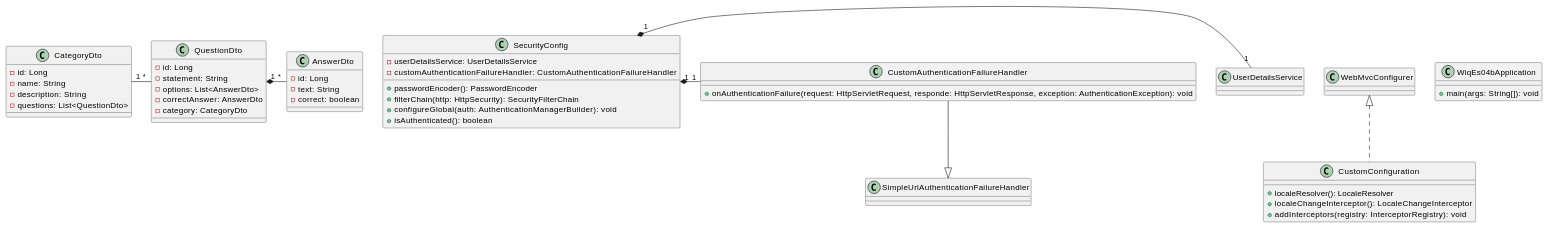
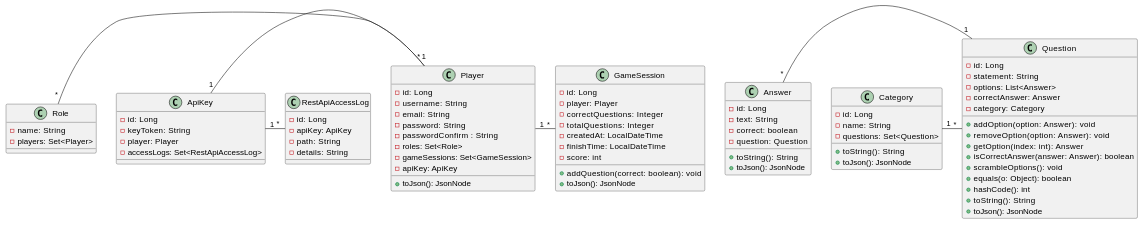
The diagram in docs/src/08_concepts.adoc (Arquisoft/wiq_es04b), drawn with PlantUML before and after one commit. The commit also changed other lines of this file, not shown here.

Commit message:
Removed unnecessary content from the Domain model

```diff
--- a/docs/src/08_concepts.adoc
+++ b/docs/src/08_concepts.adoc
@@ -349,57 +13,89 @@
-[plantuml, domain-model-2, svg]
+[plantuml, domain-model, svg, subs="attributes", subs="methods"]
 ----
 @startuml
+class Question {
+  - id: Long
+  - statement: String
+  - options: List<Answer>
+  - correctAnswer: Answer
+  - category: Category
+  + addOption(option: Answer): void
+  + removeOption(option: Answer): void
+  + getOption(index: int): Answer
+  + isCorrectAnswer(answer: Answer): boolean
+  + scrambleOptions(): void
+  + equals(o: Object): boolean
+  + hashCode(): int
+  + toString(): String
+  + toJson(): JsonNode
+}
 
-class AnswerDto {
+class Category {
+  - id: Long
+  - name: String
+  - questions: Set<Question>
+  + toString(): String
+  + toJson(): JsonNode
+}
+
+class Player {
+  - id: Long
+  - username: String
+  - email: String
+  - password: String
+  - passwordConfirm : String
+  - roles: Set<Role>
+  - gameSessions: Set<GameSession>
+  - apiKey: ApiKey
+  + toJson(): JsonNode
+}
+
+class GameSession {
+  - id: Long
+  - player: Player
+  - correctQuestions: Integer
+  - totalQuestions: Integer
+  - createdAt: LocalDateTime
+  - finishTime: LocalDateTime
+  - score: int
+  + addQuestion(correct: boolean): void
+  + toJson(): JsonNode
+}
+
+class Role {
+    - name: String
+    - players: Set<Player>
+}
+
+class Answer {
     - id: Long
     - text: String
     - correct: boolean
+    - question: Question
+    + toString(): String
+    + toJson(): JsonNode
 }
 
-class CategoryDto {
+class ApiKey {
     - id: Long
-    - name: String
-    - description: String
-    - questions: List<QuestionDto>
+    - keyToken: String
+    - player: Player
+    - accessLogs: Set<RestApiAccessLog>
 }
 
-class QuestionDto {
+class RestApiAccessLog {
     - id: Long
-    - statement: String
-    - options: List<AnswerDto>
-    - correctAnswer: AnswerDto
-    - category: CategoryDto
+    - apiKey: ApiKey
+    - path: String
+    - details: String
 }
 
-class SecurityConfig {
-    - userDetailsService: UserDetailsService
-    - customAuthenticationFailureHandler: CustomAuthenticationFailureHandler
-    + passwordEncoder(): PasswordEncoder
-    + filterChain(http: HttpSecurity): SecurityFilterChain
-    + configureGlobal(auth: AuthenticationManagerBuilder): void
-    + isAuthenticated(): boolean
-}
-
-class CustomAuthenticationFailureHandler {
-    + onAuthenticationFailure(request: HttpServletRequest, responde: HttpServletResponse, exception: AuthenticationException): void
-}
-
-class CustomConfiguration {
-    + localeResolver(): LocaleResolver
-    + localeChangeInterceptor(): LocaleChangeInterceptor
-    + addInterceptors(registry: InterceptorRegistry): void
-}
-
-class WiqEs04bApplication {
-    + main(args: String[]): void
-}
-
-CategoryDto "1" - "*" QuestionDto
-QuestionDto "1" *- "*" AnswerDto
-SecurityConfig "1" *- "1" UserDetailsService
-SecurityConfig "1" *- "1" CustomAuthenticationFailureHandler
-CustomAuthenticationFailureHandler --|> SimpleUrlAuthenticationFailureHandler
-WebMvcConfigurer <|.. CustomConfiguration
+Role "*" - "*" Player
+Answer "*" - "1" Question
+ApiKey "1" - "1" Player
+ApiKey "1" - "*" RestApiAccessLog
+Category "1" - "*" Question
+Player "1" - "*" GameSession
 
 @enduml
 ----
```
